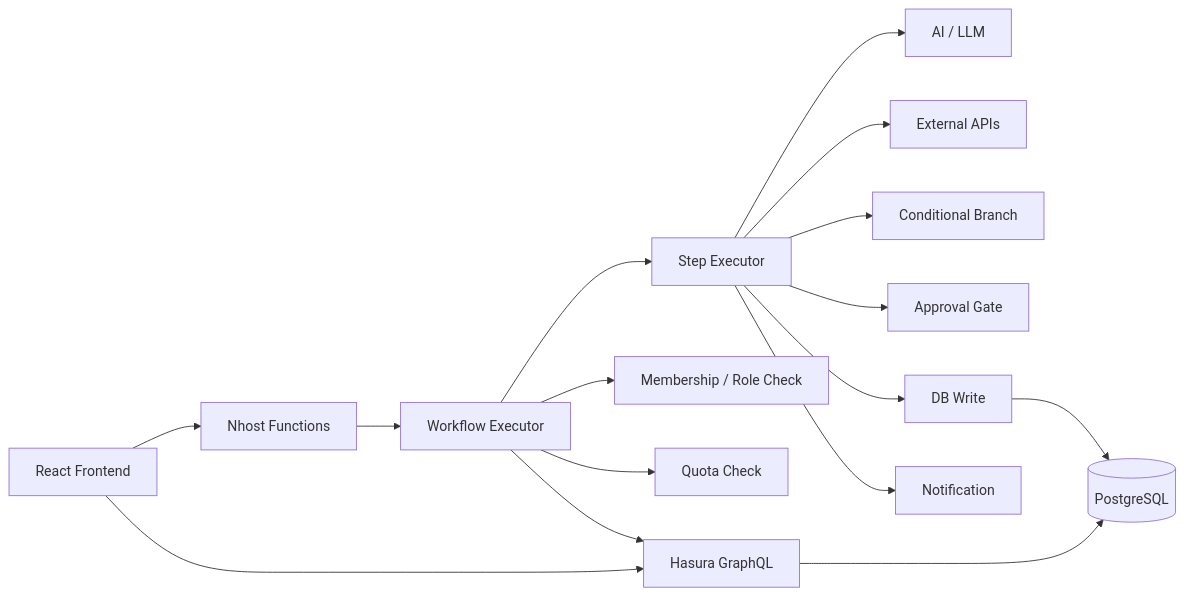
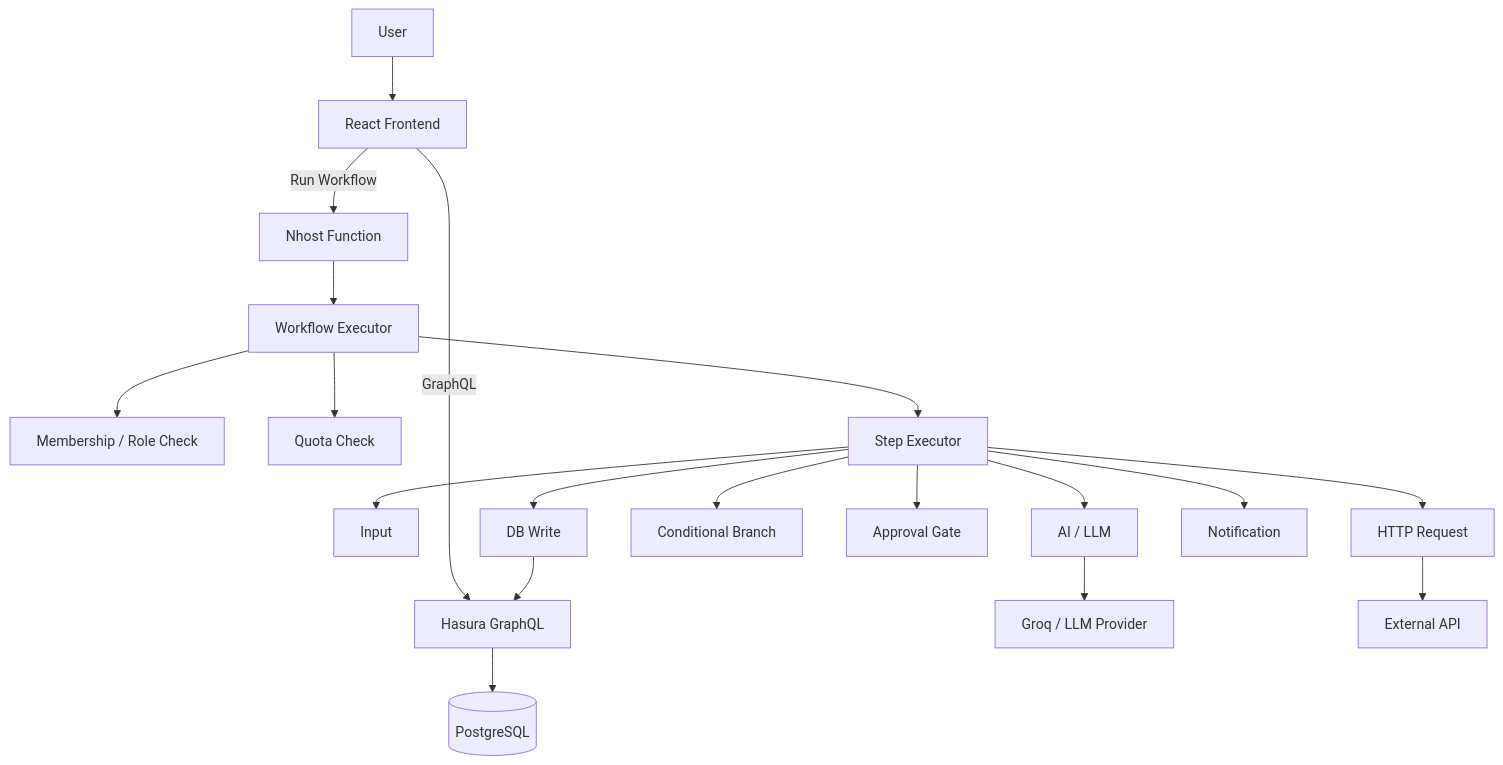
One commit to NithinBrammesh/ai-workflow-builder changed the first of 3 diagrams in README.md. Above: the diagram before and after it, drawn with Mermaid. The commit also changed other lines of this file and 1 other file, not shown here.

````diff
--- a/README.md
+++ b/README.md
@@ -11,21 +23,26 @@
-```mermaid
-flowchart LR
-    UI[React Frontend] --> G[Hasura GraphQL]
-    UI --> F[Nhost Functions]
+``` mermaid
+flowchart TB
+    U[User] --> R[React Frontend]
+
+    R -->|GraphQL| H[Hasura GraphQL]
+    R -->|Run Workflow| F[Nhost Function]
+
+    H --> P[(PostgreSQL)]
 
     F --> E[Workflow Executor]
     E --> A[Membership / Role Check]
     E --> Q[Quota Check]
     E --> S[Step Executor]
 
+    S --> I[Input]
     S --> AI[AI / LLM]
-    S --> HTTP[External APIs]
+    S --> HTTP[HTTP Request]
     S --> C[Conditional Branch]
     S --> AP[Approval Gate]
     S --> DBW[DB Write]
     S --> N[Notification]
 
-    G --> DB[(PostgreSQL)]
-    E --> G
-    DBW --> DB
+    AI --> G[Groq / LLM Provider]
+    HTTP --> X[External API]
+    DBW --> H
 ```
````
